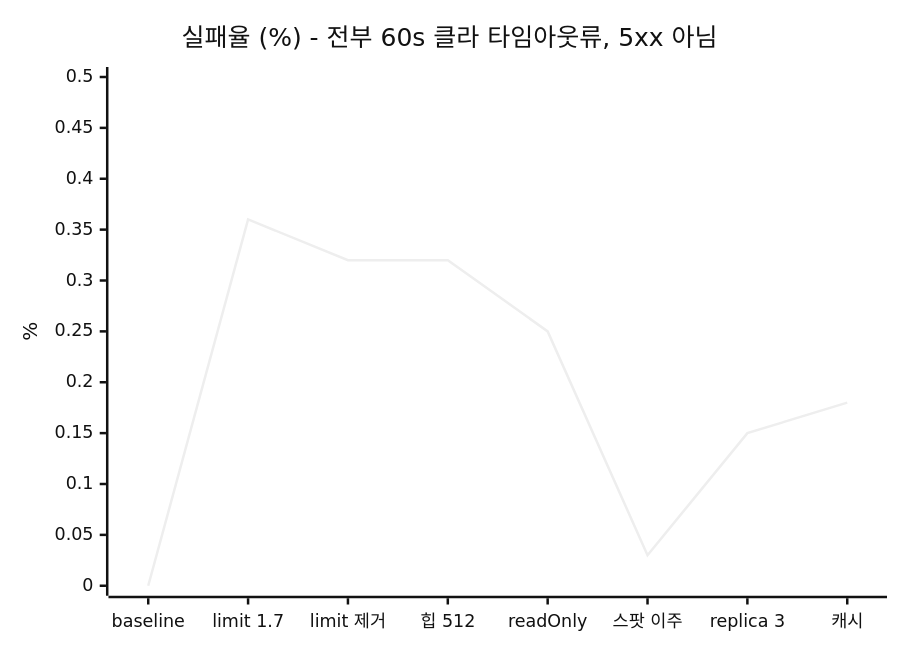
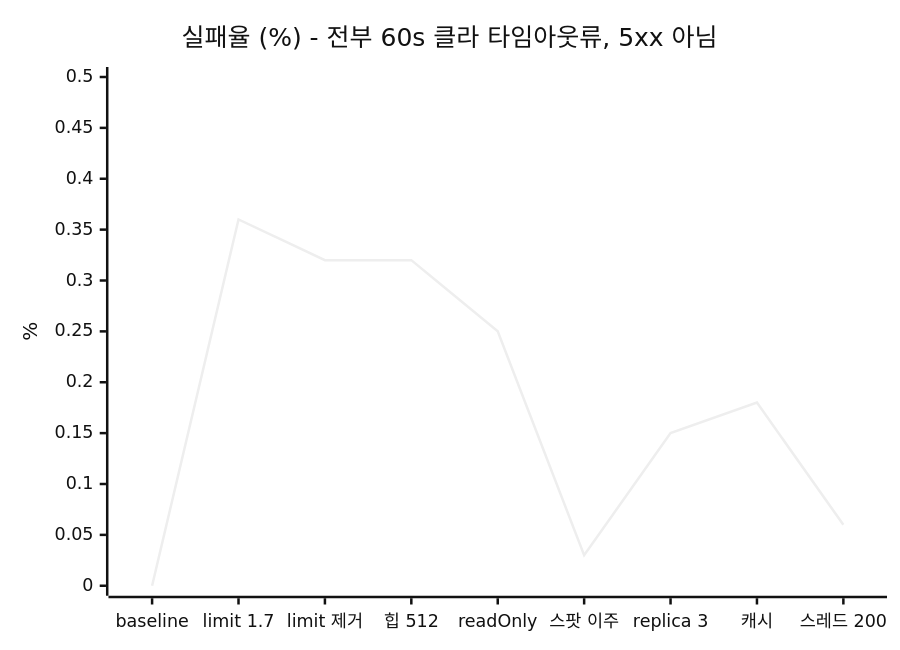
One commit to Minchae0322/yogurtte-rca-agent changed the third of 4 diagrams in autoscaling/loadtest/results/04-콘텐츠폭주/README.md. Above: the diagram before and after it, drawn with Mermaid (neutral theme). The commit also changed other lines of this file and 13 other files, not shown here.

````diff
--- a/autoscaling/loadtest/results/04-콘텐츠폭주/README.md
+++ b/autoscaling/loadtest/results/04-콘텐츠폭주/README.md
@@ -26,7 +26,7 @@
 ```mermaid
 xychart-beta
     title "실패율 (%) - 전부 60s 클라 타임아웃류, 5xx 아님"
-    x-axis ["baseline", "limit 1.7", "limit 제거", "힙 512", "readOnly", "스팟 이주", "replica 3", "캐시"]
+    x-axis ["baseline", "limit 1.7", "limit 제거", "힙 512", "readOnly", "스팟 이주", "replica 3", "캐시", "스레드 200"]
     y-axis "%" 0 --> 0.5
-    line [0.00, 0.36, 0.32, 0.32, 0.25, 0.03, 0.15, 0.18]
+    line [0.00, 0.36, 0.32, 0.32, 0.25, 0.03, 0.15, 0.18, 0.06]
 ```
````
